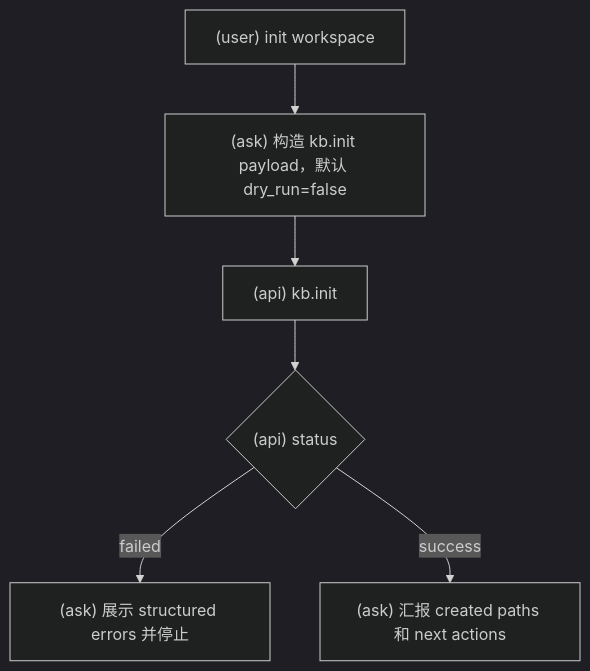
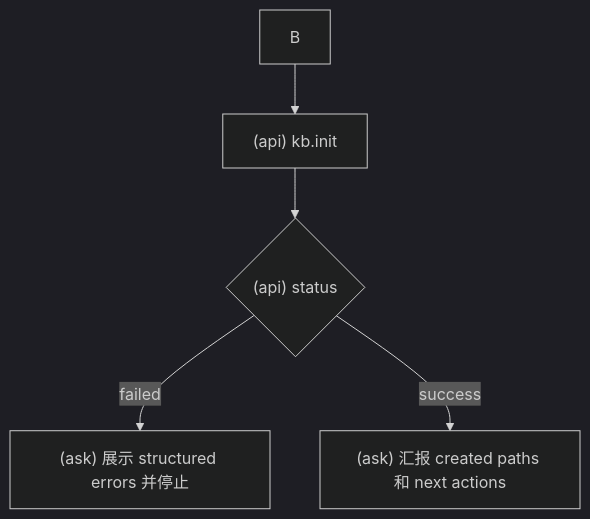
One commit to srangerme/KBManager changed the first of 3 diagrams in skills/kbm-maintenance/SKILL.md. Above: the diagram before and after it, drawn with Mermaid (dark theme). The commit also changed other lines of this file and 24 other files, not shown here.

Commit message:
remove entry point and dry run

````diff
--- a/skills/kbm-maintenance/SKILL.md
+++ b/skills/kbm-maintenance/SKILL.md
@@ -18,8 +18,7 @@
 ```mermaid
 flowchart TD
-  A["(user) init workspace"] --> B["(ask) 构造 kb.init payload，默认 dry_run=false"]
   B --> C["(api) kb.init"]
   C --> D{"(api) status"}
   D -- failed --> E["(ask) 展示 structured errors 并停止"]
   D -- success --> F["(ask) 汇报 created paths 和 next actions"]
 ```
````
